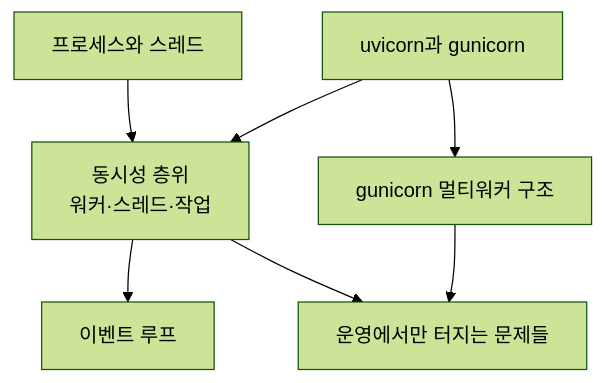
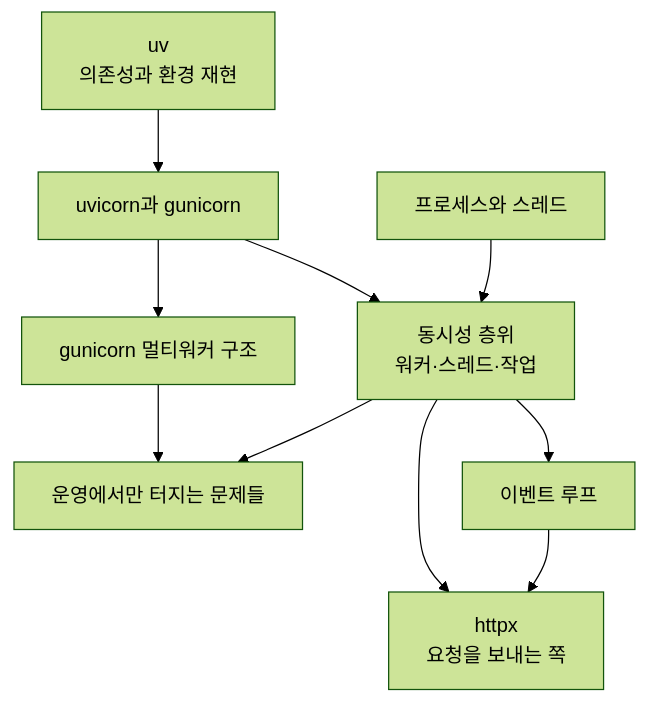
One commit to yeotaeho/asadal_obsidian changed the diagram in 학습노트/파이썬 웹 서버 실행 구조/00 학습 지도 (MOC).md. Above: the diagram before and after it, drawn with Mermaid (forest theme). The commit also changed other lines of this file and 17 other files, not shown here.

````diff
--- a/학습노트/파이썬 웹 서버 실행 구조/00 학습 지도 (MOC).md
+++ b/학습노트/파이썬 웹 서버 실행 구조/00 학습 지도 (MOC).md
@@ -20,16 +23,21 @@
 ```mermaid
 flowchart TB
+    UV["uv<br/>의존성과 환경 재현"]
     UG["uvicorn과 gunicorn"]
     LAYER["동시성 층위<br/>워커·스레드·작업"]
+    HX["httpx<br/>요청을 보내는 쪽"]
     EL["이벤트 루프"]
     PT["프로세스와 스레드"]
     GU["gunicorn 멀티워커 구조"]
     OPS["운영에서만 터지는 문제들"]
 
+    UV --> UG
     UG --> LAYER
     PT --> LAYER
     LAYER --> EL
+    LAYER --> HX
+    EL --> HX
     UG --> GU
     GU --> OPS
     LAYER --> OPS
 ```
````
